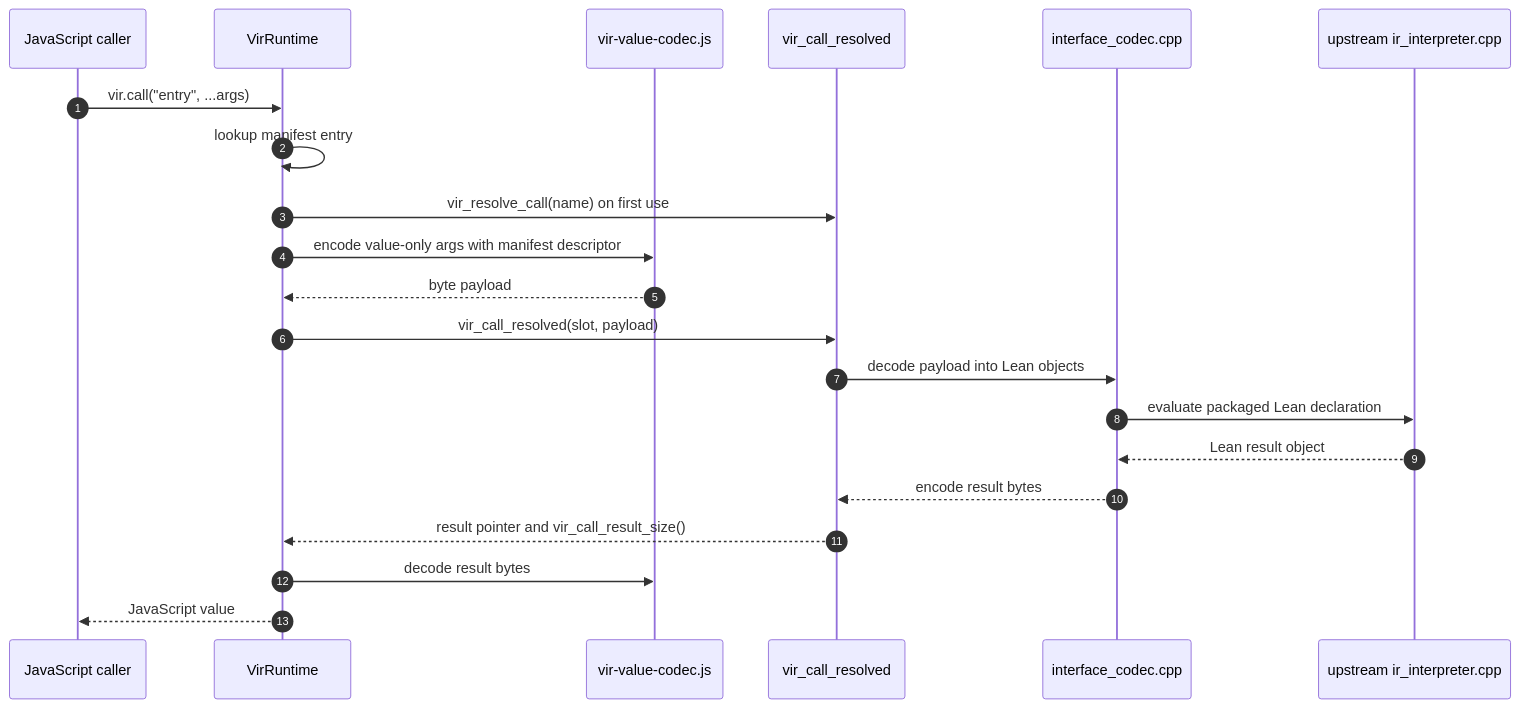
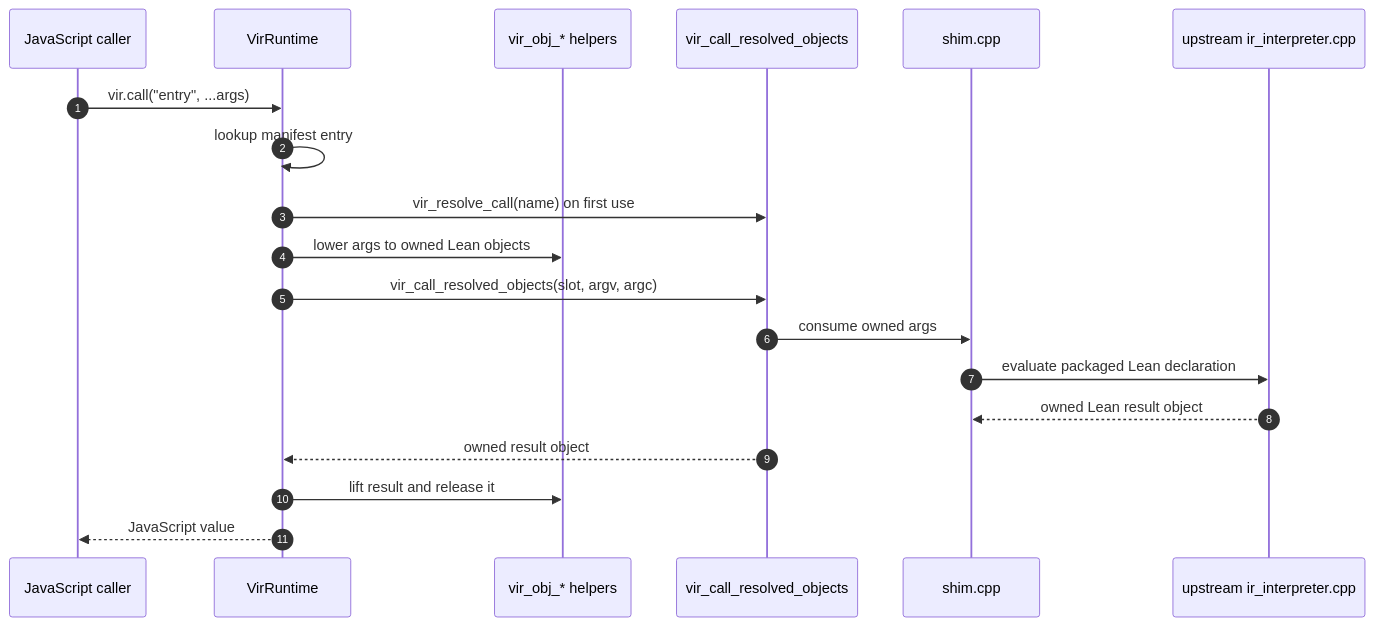
One commit to ejgallego/lean-vir changed the first of 5 diagrams in docs/DEVELOPER_GUIDE.md. Above: the diagram before and after it, drawn with Mermaid. The commit also changed other lines of this file and 36 other files, not shown here.

Commit message:
refactor: remove runtime value codec

````diff
--- a/docs/DEVELOPER_GUIDE.md
+++ b/docs/DEVELOPER_GUIDE.md
@@ -59,24 +59,22 @@
 ```mermaid
 sequenceDiagram
     autonumber
     participant JS as JavaScript caller
     participant RT as VirRuntime
-    participant Codec as vir-value-codec.js
-    participant Wasm as vir_call_resolved
-    participant Cpp as interface_codec.cpp
+    participant ABI as vir_obj_* helpers
+    participant Wasm as vir_call_resolved_objects
+    participant Shim as shim.cpp
     participant IR as upstream ir_interpreter.cpp
 
     JS->>RT: vir.call("entry", ...args)
     RT->>RT: lookup manifest entry
     RT->>Wasm: vir_resolve_call(name) on first use
-    RT->>Codec: encode value-only args with manifest descriptor
-    Codec-->>RT: byte payload
-    RT->>Wasm: vir_call_resolved(slot, payload)
-    Wasm->>Cpp: decode payload into Lean objects
-    Cpp->>IR: evaluate packaged Lean declaration
-    IR-->>Cpp: Lean result object
-    Cpp-->>Wasm: encode result bytes
-    Wasm-->>RT: result pointer and vir_call_result_size()
-    RT->>Codec: decode result bytes
+    RT->>ABI: lower args to owned Lean objects
+    RT->>Wasm: vir_call_resolved_objects(slot, argv, argc)
+    Wasm->>Shim: consume owned args
+    Shim->>IR: evaluate packaged Lean declaration
+    IR-->>Shim: owned Lean result object
+    Wasm-->>RT: owned result object
+    RT->>ABI: lift result and release it
     RT-->>JS: JavaScript value
 ```
````
